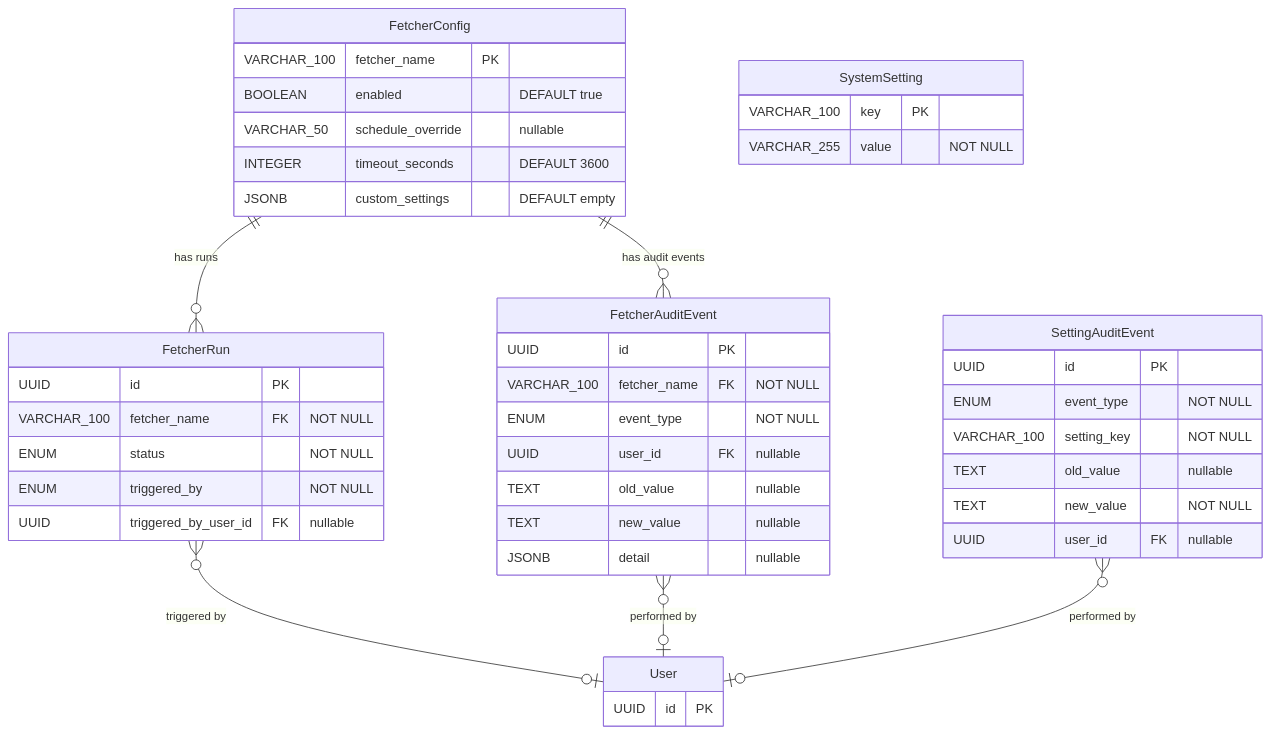
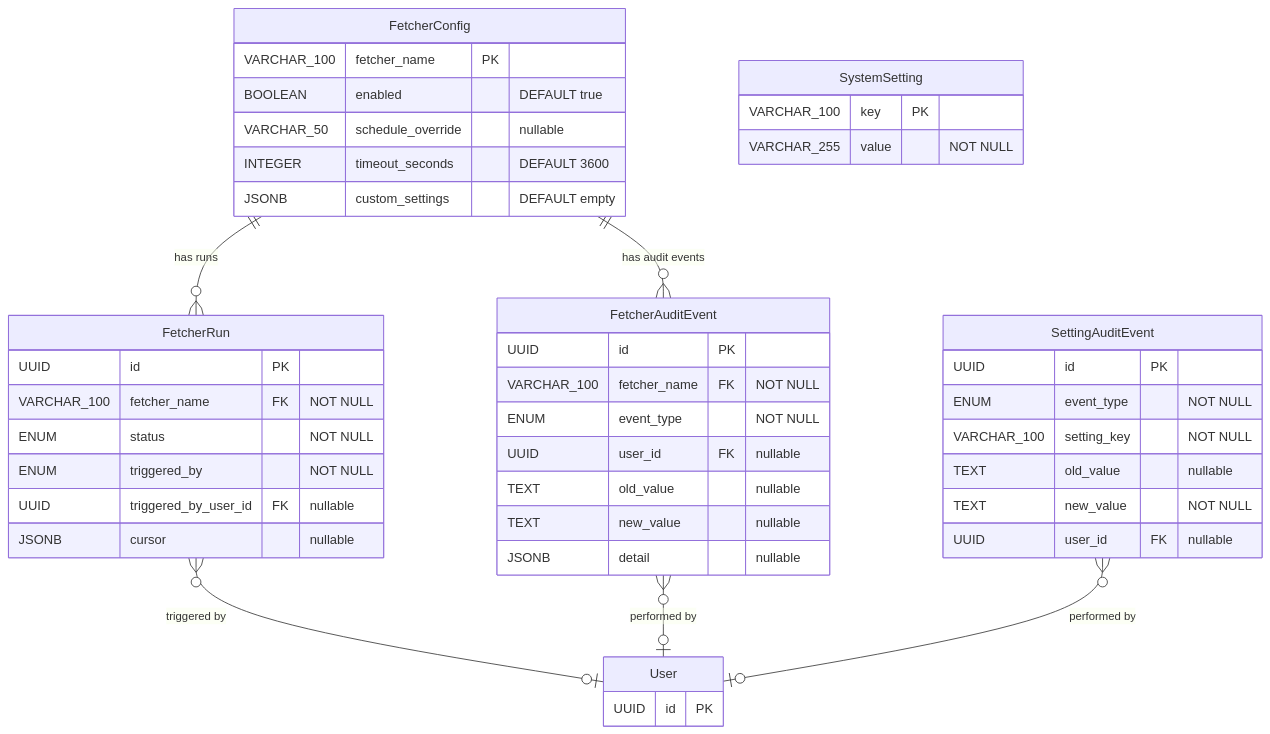
Before and after one commit to StayPirate/STAMP: the fifth of 6 diagrams in docs/data-model.md, drawn with Mermaid. The commit also changed other lines of this file and 8 other files, not shown here.

````diff
--- a/docs/data-model.md
+++ b/docs/data-model.md
@@ -316,47 +316,48 @@
 ```mermaid
 erDiagram
     FetcherConfig {
         VARCHAR_100 fetcher_name PK
         BOOLEAN enabled "DEFAULT true"
         VARCHAR_50 schedule_override "nullable"
         INTEGER timeout_seconds "DEFAULT 3600"
         JSONB custom_settings "DEFAULT empty"
     }
     FetcherRun {
         UUID id PK
         VARCHAR_100 fetcher_name FK "NOT NULL"
         ENUM status "NOT NULL"
         ENUM triggered_by "NOT NULL"
         UUID triggered_by_user_id FK "nullable"
+        JSONB cursor "nullable"
     }
     FetcherAuditEvent {
         UUID id PK
         VARCHAR_100 fetcher_name FK "NOT NULL"
         ENUM event_type "NOT NULL"
         UUID user_id FK "nullable"
         TEXT old_value "nullable"
         TEXT new_value "nullable"
         JSONB detail "nullable"
     }
     SystemSetting {
         VARCHAR_100 key PK
         VARCHAR_255 value "NOT NULL"
     }
     SettingAuditEvent {
         UUID id PK
         ENUM event_type "NOT NULL"
         VARCHAR_100 setting_key "NOT NULL"
         TEXT old_value "nullable"
         TEXT new_value "NOT NULL"
         UUID user_id FK "nullable"
     }
     User {
         UUID id PK
     }
 
     FetcherConfig ||--o{ FetcherRun : "has runs"
     FetcherConfig ||--o{ FetcherAuditEvent : "has audit events"
     FetcherRun }o--o| User : "triggered by"
     FetcherAuditEvent }o--o| User : "performed by"
     SettingAuditEvent }o--o| User : "performed by"
 ```
````
